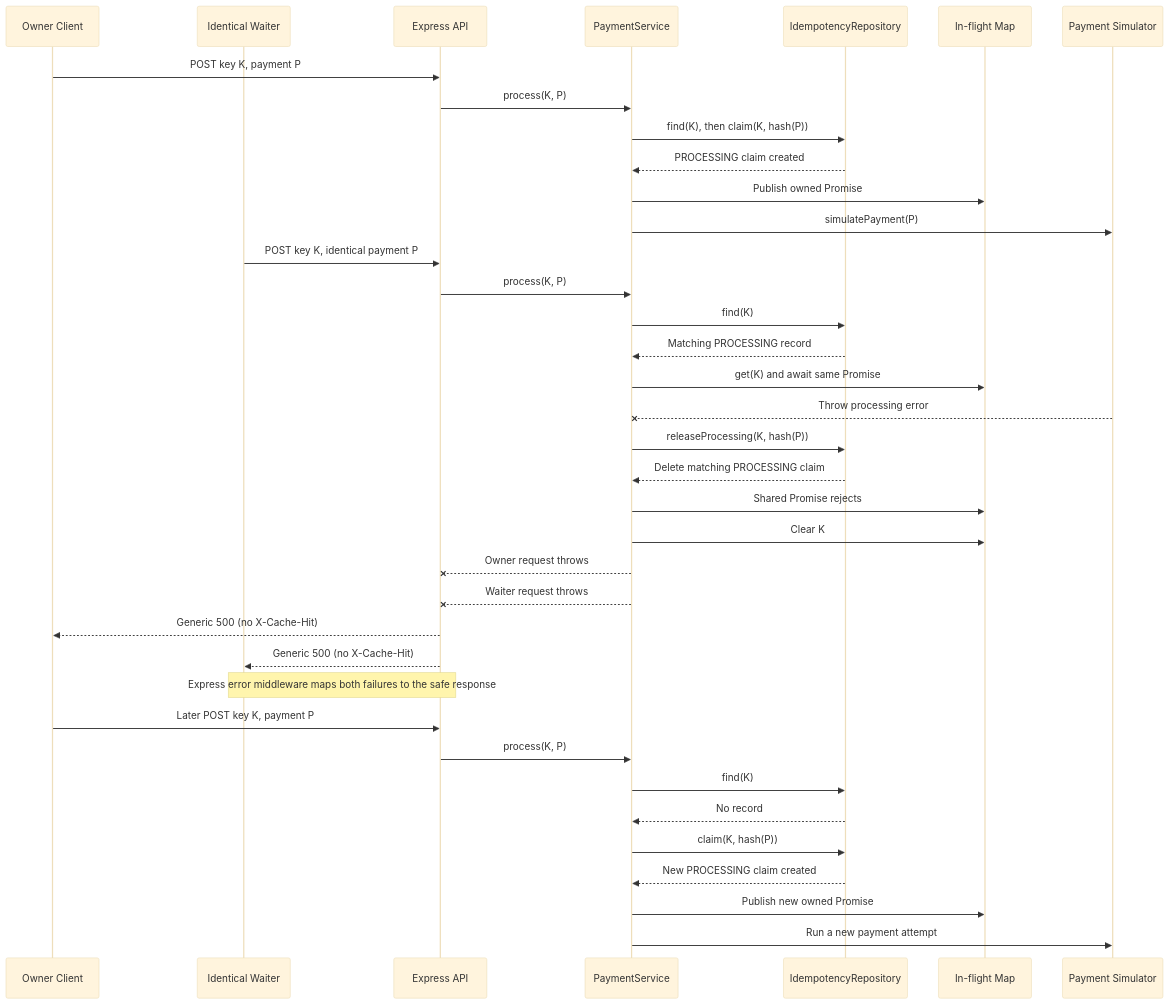
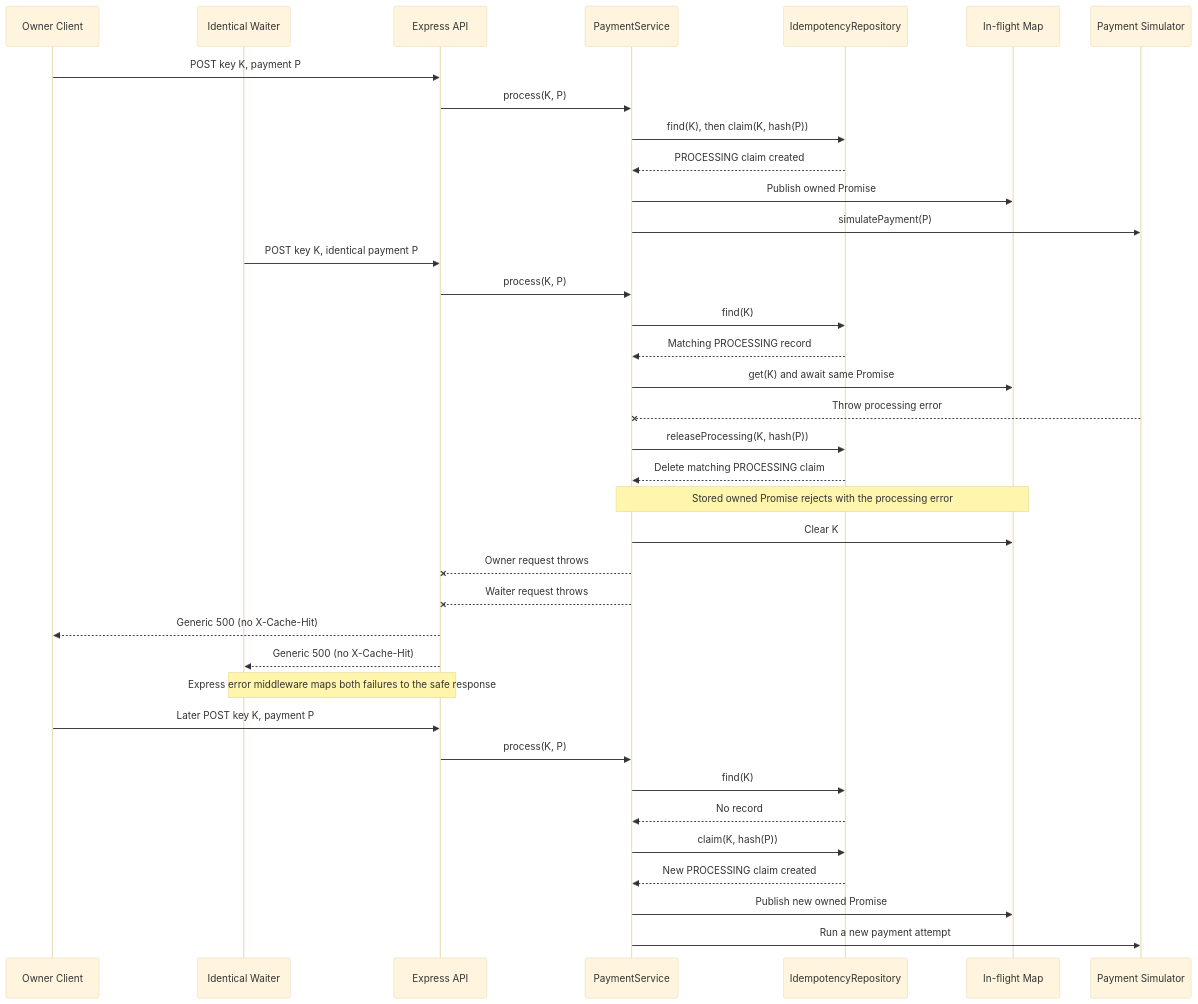
Before and after one commit to amalitechglobaltraining/Idempotency-Gateway: the fifth of 5 diagrams in docs/sequence-diagrams.md, drawn with Mermaid (base theme). The commit also changed other lines of this file, not shown here.

Commit message:
docs: clarify in-flight promise settlement

````diff
--- a/docs/sequence-diagrams.md
+++ b/docs/sequence-diagrams.md
@@ -138,43 +138,43 @@
 ```mermaid
 sequenceDiagram
     participant ClientA as Owner Client
     participant ClientB as Identical Waiter
     participant API as Express API
     participant Service as PaymentService
     participant Repo as IdempotencyRepository
     participant InFlight as In-flight Map
     participant Processor as Payment Simulator
 
     ClientA->>API: POST key K, payment P
     API->>Service: process(K, P)
     Service->>Repo: find(K), then claim(K, hash(P))
     Repo-->>Service: PROCESSING claim created
     Service->>InFlight: Publish owned Promise
     Service->>Processor: simulatePayment(P)
 
     ClientB->>API: POST key K, identical payment P
     API->>Service: process(K, P)
     Service->>Repo: find(K)
     Repo-->>Service: Matching PROCESSING record
     Service->>InFlight: get(K) and await same Promise
 
     Processor--xService: Throw processing error
     Service->>Repo: releaseProcessing(K, hash(P))
     Repo-->>Service: Delete matching PROCESSING claim
-    Service->>InFlight: Shared Promise rejects
+    Note over Service,InFlight: Stored owned Promise rejects with the processing error
     Service->>InFlight: Clear K
     Service--xAPI: Owner request throws
     Service--xAPI: Waiter request throws
     API-->>ClientA: Generic 500 (no X-Cache-Hit)
     API-->>ClientB: Generic 500 (no X-Cache-Hit)
     Note over API,ClientB: Express error middleware maps both failures to the safe response
 
     ClientA->>API: Later POST key K, payment P
     API->>Service: process(K, P)
     Service->>Repo: find(K)
     Repo-->>Service: No record
     Service->>Repo: claim(K, hash(P))
     Repo-->>Service: New PROCESSING claim created
     Service->>InFlight: Publish new owned Promise
     Service->>Processor: Run a new payment attempt
 ```
````
